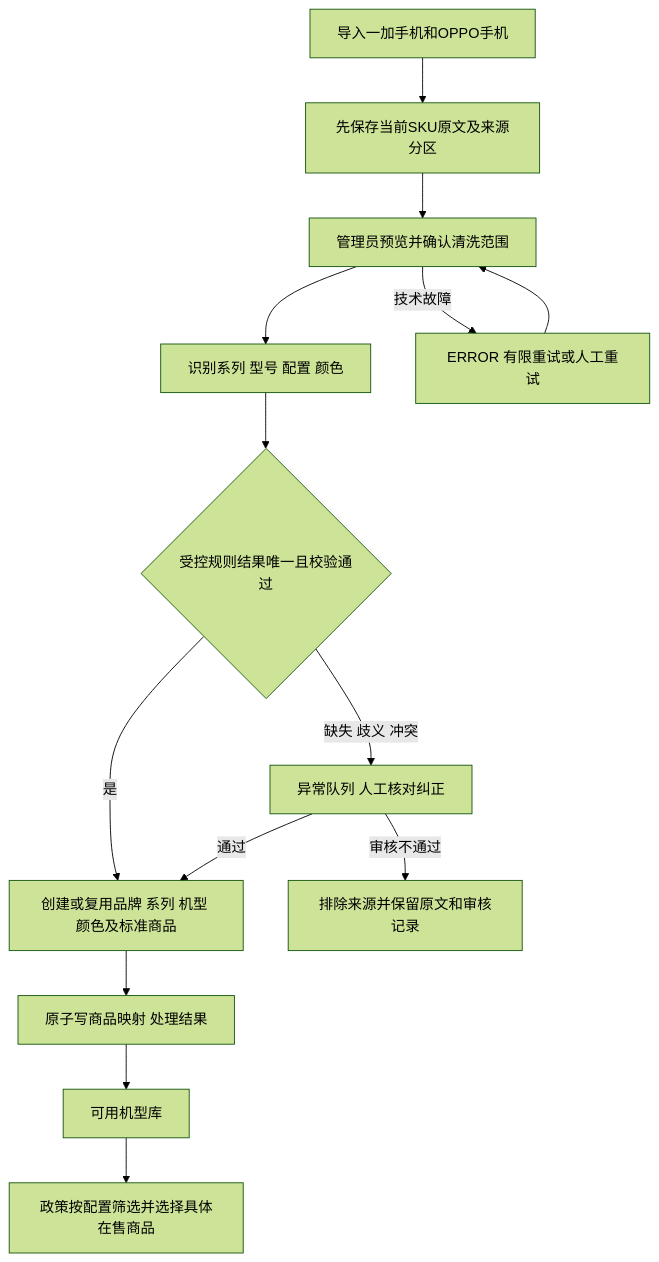
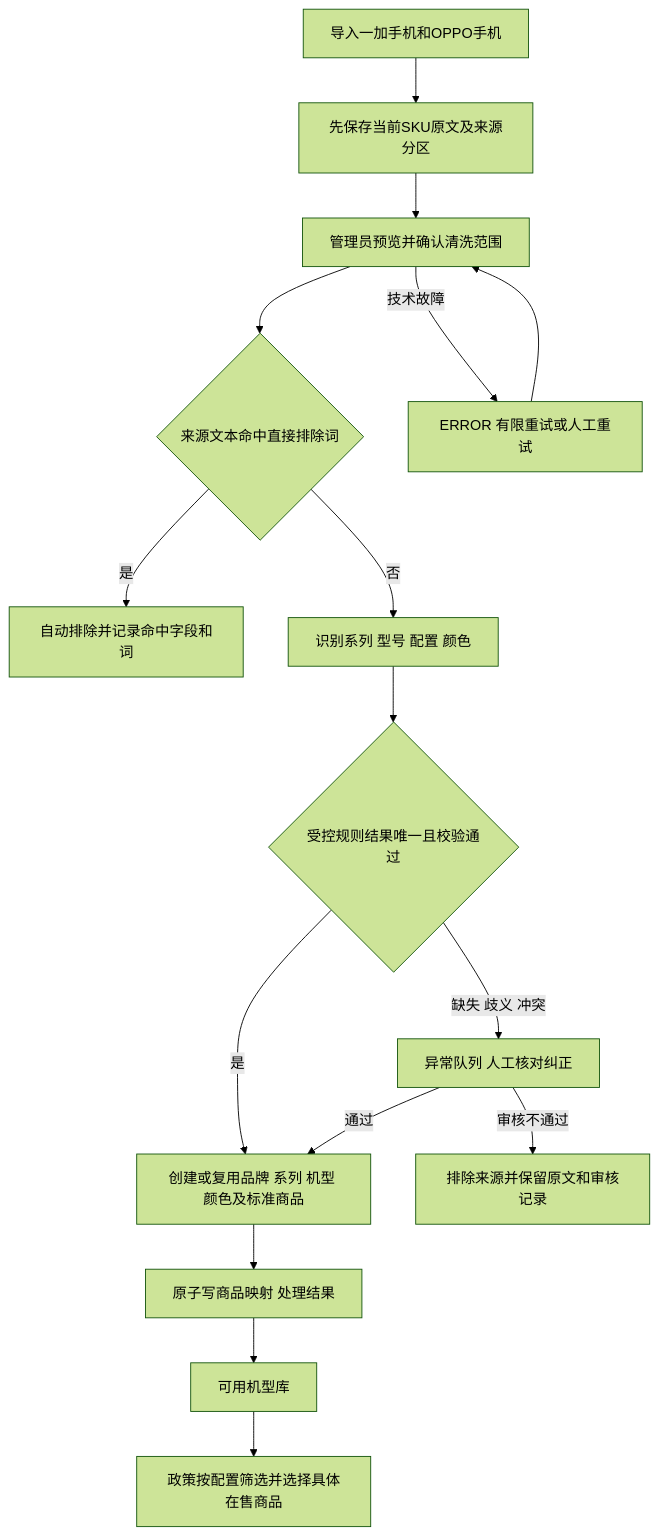
Before and after one commit to szhi1488/differentiated-policy: the diagram in docs/business/catalog-cleaning.md, drawn with Mermaid (forest theme). The commit also changed other lines of this file and 80 other files, not shown here.

````diff
--- a/docs/business/catalog-cleaning.md
+++ b/docs/business/catalog-cleaning.md
@@ -7,16 +7,18 @@
 ```mermaid
 flowchart TD
     I[导入一加手机和OPPO手机] --> R[先保存当前SKU原文及来源分区]
     R --> Q[管理员预览并确认清洗范围]
-    Q --> C[识别系列 型号 配置 颜色]
+    Q --> K{来源文本命中直接排除词}
+    K -->|是| X[自动排除并记录命中字段和词]
+    K -->|否| C[识别系列 型号 配置 颜色]
     C --> V{受控规则结果唯一且校验通过}
     V -->|是| A[创建或复用品牌 系列 机型 颜色及标准商品]
     V -->|缺失 歧义 冲突| H[异常队列 人工核对纠正]
     H -->|通过| A
     H -->|审核不通过| E[排除来源并保留原文和审核记录]
     A --> M[原子写商品映射 处理结果]
     M --> P[可用机型库]
     P --> F[政策按配置筛选并选择具体在售商品]
     Q -->|技术故障| T[ERROR 有限重试或人工重试]
     T --> Q
 ```
````
